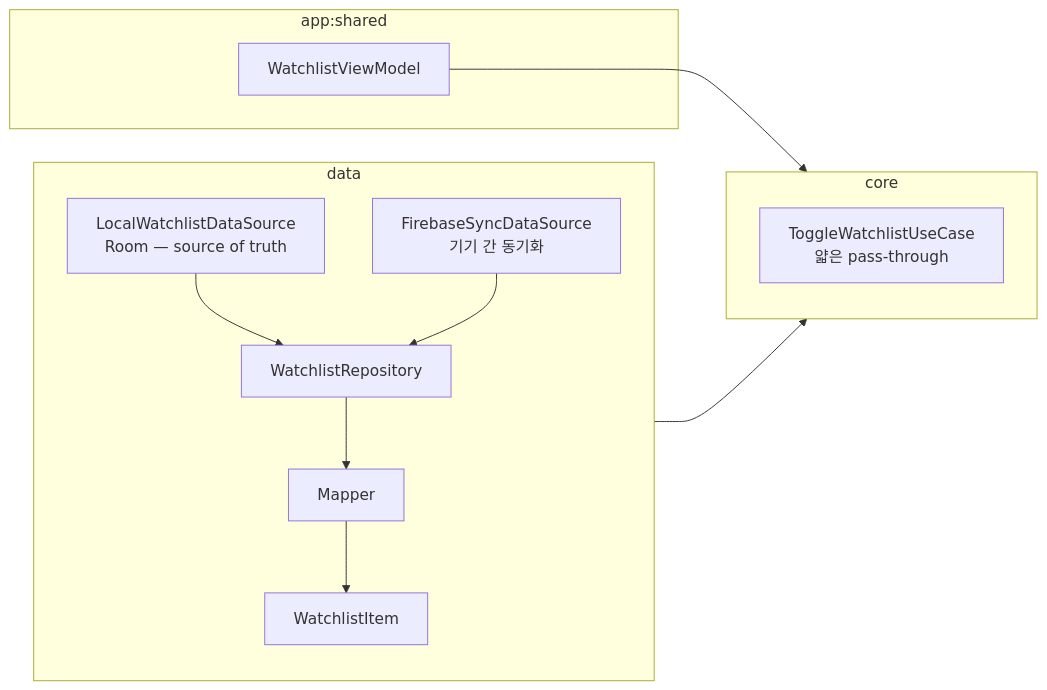
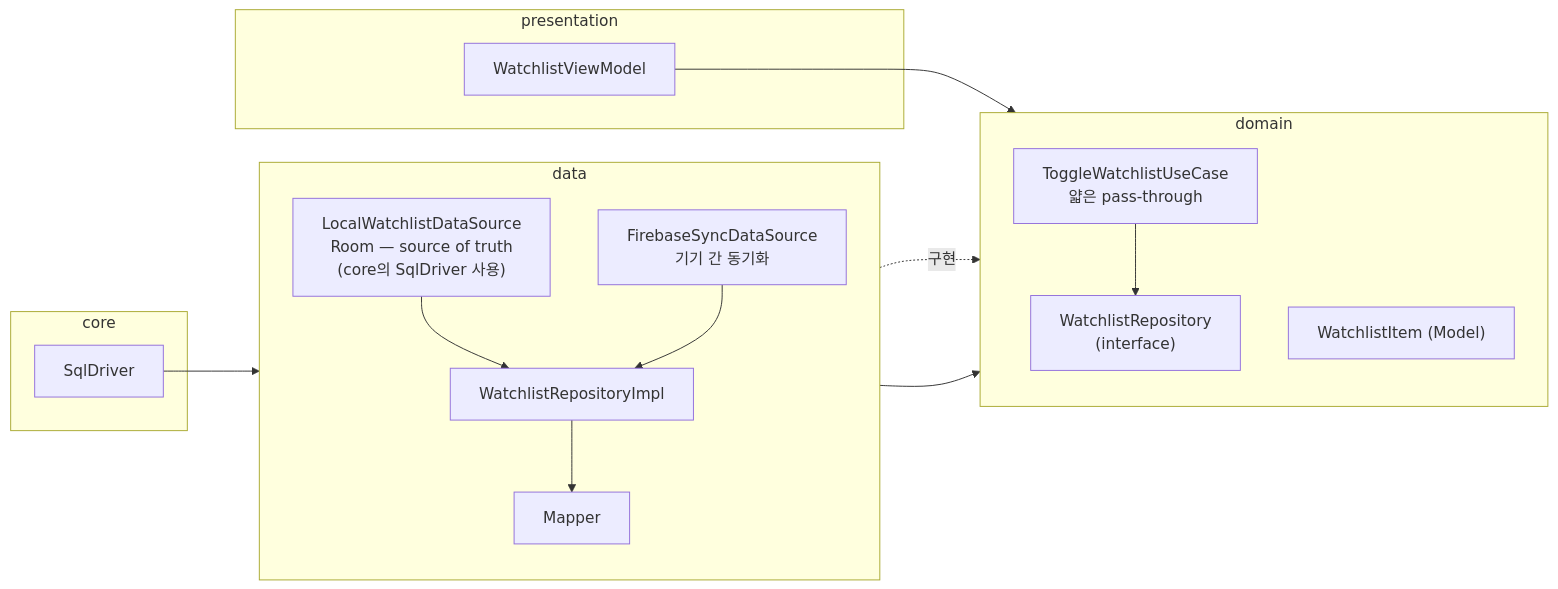
The third of 3 diagrams in doc/architecture.md (sunstar-repo/StreamCompass), drawn with Mermaid before and after one commit. The commit also changed other lines of this file, not shown here.

Commit message:
improved documents that architecture

````diff
--- a/doc/architecture.md
+++ b/doc/architecture.md
@@ -87,21 +120,29 @@
 ```mermaid
 flowchart LR
+    subgraph DOMAIN2["domain"]
+        direction TB
+        RI3["WatchlistRepository<br/>(interface)"]
+        UC2["ToggleWatchlistUseCase<br/>얇은 pass-through"]
+        M3["WatchlistItem (Model)"]
+        UC2 --> RI3
+    end
+
     subgraph DATA2["data"]
         direction TB
-        DS4["LocalWatchlistDataSource<br/>Room — source of truth"] --> RIM3["WatchlistRepository"]
+        DS4["LocalWatchlistDataSource<br/>Room — source of truth<br/>(core의 SqlDriver 사용)"] --> RIM3["WatchlistRepositoryImpl"]
         DS5["FirebaseSyncDataSource<br/>기기 간 동기화"] --> RIM3
         RIM3 --> MAP2["Mapper"]
-        MAP2 --> M3["WatchlistItem"]
     end
 
-    subgraph DOMAIN2["core"]
-        direction TB
-        UC2["ToggleWatchlistUseCase<br/>얇은 pass-through"]
+    subgraph CORE2["core"]
+        DRV2["SqlDriver"]
     end
 
-    RIM3 --> UC2
+    DRV2 --> DS4
+    RIM3 -.구현.-> RI3
+    MAP2 --> M3
 
-    subgraph PRES2["app:shared"]
+    subgraph PRES2["presentation"]
         VM2["WatchlistViewModel"] --> UC2
     end
 ```
````
